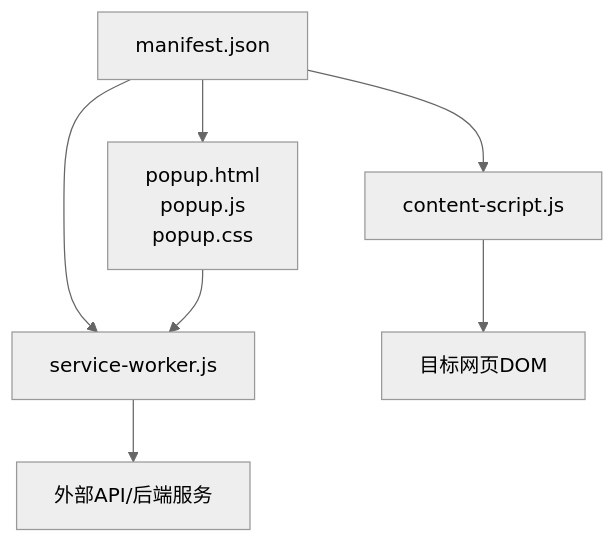
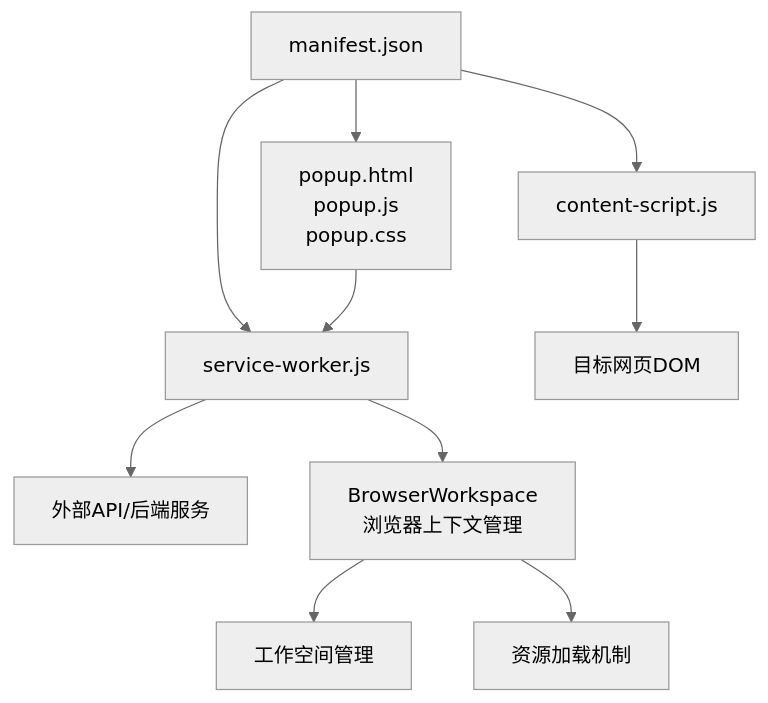
One commit to iljahofbauer219-lang/yandu changed the first of 7 diagrams in .qoder/repowiki/zh/content/系统架构/浏览器扩展架构.md. Above: the diagram before and after it, drawn with Mermaid (neutral theme). The commit also changed other lines of this file and 630 other files, not shown here.

````diff
--- a/.qoder/repowiki/zh/content/系统架构/浏览器扩展架构.md
+++ b/.qoder/repowiki/zh/content/系统架构/浏览器扩展架构.md
@@ -37,9 +48,12 @@
 ```mermaid
 graph TB
 A["manifest.json"] --> B["content-script.js"]
 A --> C["popup.html<br/>popup.js<br/>popup.css"]
 A --> D["service-worker.js"]
 B --> E["目标网页DOM"]
 C --> D
 D --> F["外部API/后端服务"]
+D --> G["BrowserWorkspace<br/>浏览器上下文管理"]
+G --> H["工作空间管理"]
+G --> I["资源加载机制"]
 ```
````
